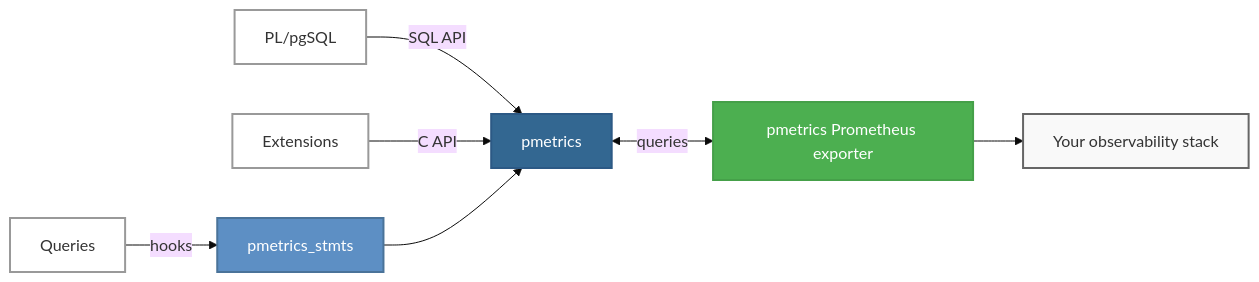
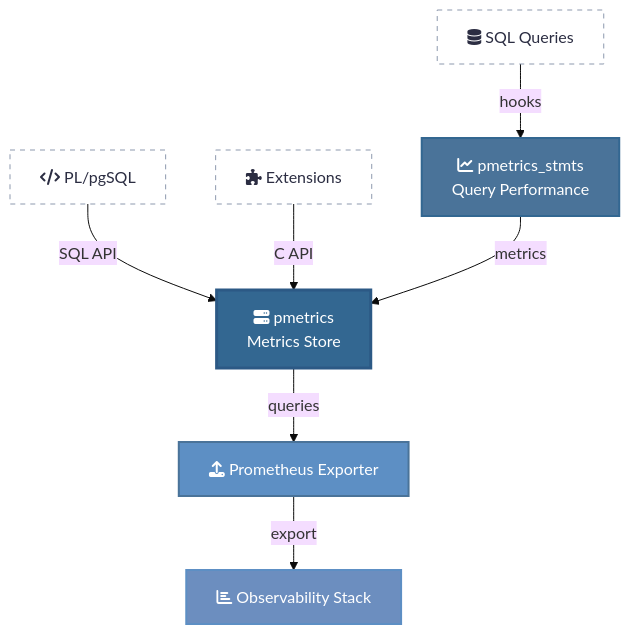
The diagram in README.md (v0idpwn-industries/pmetrics), drawn with Mermaid (base theme) before and after one commit.

Commit message:
let claude make it pretty

````diff
--- a/README.md
+++ b/README.md
@@ -5,23 +5,28 @@
 ```mermaid
-graph LR
-    Q[Queries]
-    P[PL/pgSQL]
-    E[Extensions]
-    X[pmetrics Prometheus exporter]
+flowchart TB
+    Q[fa:fa-database SQL Queries]
+    P[fa:fa-code PL/pgSQL]
+    E[fa:fa-puzzle-piece Extensions]
 
-    Q -->|hooks| S[pmetrics_stmts]
-    P -->|SQL API| C[pmetrics]
+    S[fa:fa-chart-line pmetrics_stmts<br/>Query Performance]
+    C[fa:fa-server pmetrics<br/>Metrics Store]
+
+    X[fa:fa-upload Prometheus Exporter]
+    M[fa:fa-chart-bar Observability Stack]
+
+    Q -->|hooks| S
+    P -->|SQL API| C
     E -->|C API| C
-    S --> C
+    S -->|metrics| C
 
-    C <-->|queries| X
-    X --> M[Your observability stack]
+    C -->|queries| X
+    X -->|export| M
 
-    style C fill:#336791,stroke:#2c5985,stroke-width:2px,color:#fff
-    style S fill:#5d8fc4,stroke:#4a7399,stroke-width:2px,color:#fff
-    style X fill:#4CAF50,stroke:#45a049,stroke-width:2px,color:#fff
-    style M fill:#f9f9f9,stroke:#666,stroke-width:2px,color:#333
-    style Q fill:#fff,stroke:#999,stroke-width:2px,color:#333
-    style P fill:#fff,stroke:#999,stroke-width:2px,color:#333
-    style E fill:#fff,stroke:#999,stroke-width:2px,color:#333
+    style C fill:#336791,stroke:#2c5985,stroke-width:3px,color:#fff
+    style S fill:#4a7399,stroke:#336791,stroke-width:2px,color:#fff
+    style X fill:#5d8fc4,stroke:#4a7399,stroke-width:2px,color:#fff
+    style M fill:#6c8ebf,stroke:#5d8fc4,stroke-width:2px,color:#fff
+    style Q fill:none,stroke:#8d99ae,stroke-width:1px,color:#2b2d42,stroke-dasharray: 5 5
+    style P fill:none,stroke:#8d99ae,stroke-width:1px,color:#2b2d42,stroke-dasharray: 5 5
+    style E fill:none,stroke:#8d99ae,stroke-width:1px,color:#2b2d42,stroke-dasharray: 5 5
 ```
````
